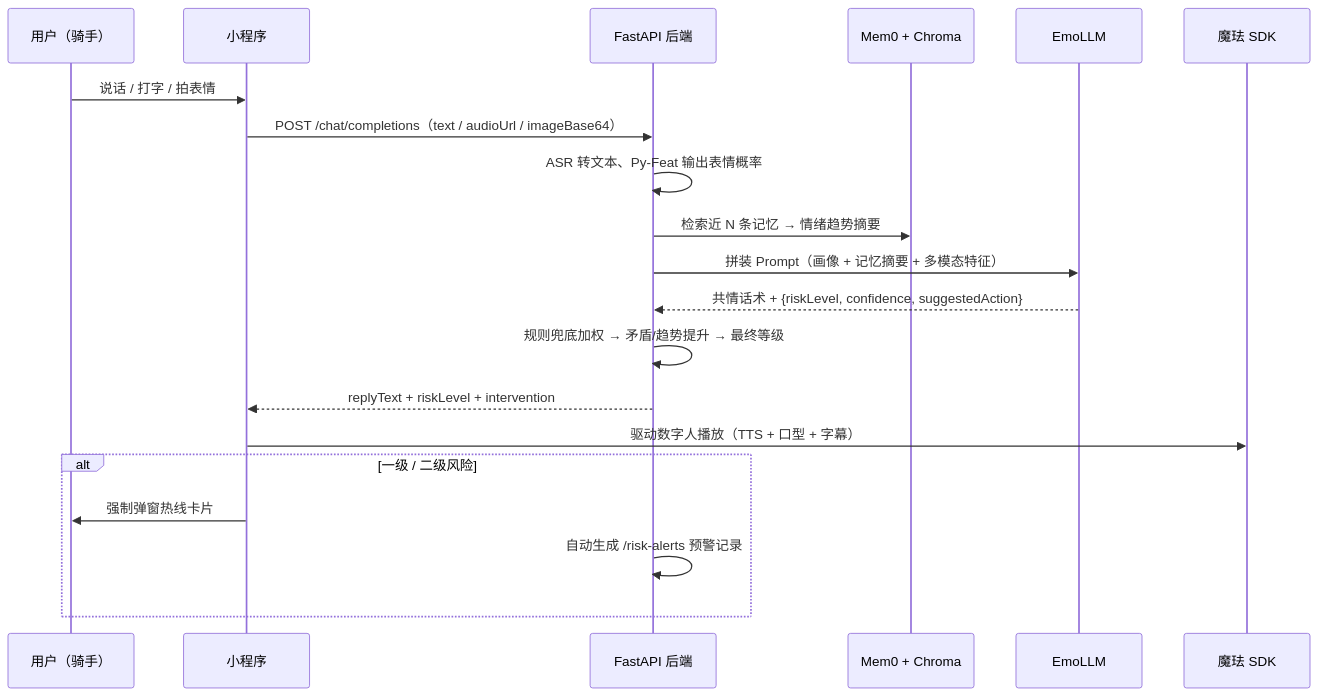
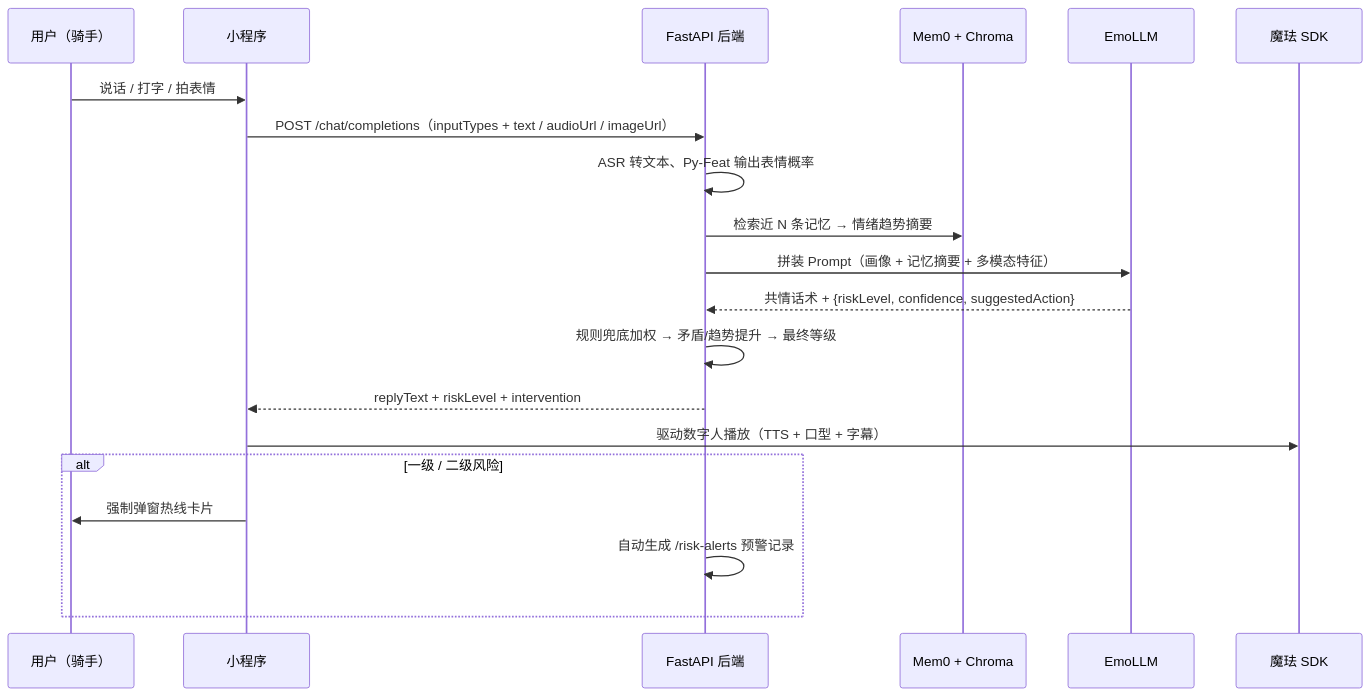
The second of 3 diagrams in DEVELOPMENT_PLAN.md (huyongbao/MoodHarbor), drawn with Mermaid before and after one commit. The commit also changed other lines of this file and 1 other file, not shown here.

````diff
--- a/DEVELOPMENT_PLAN.md
+++ b/DEVELOPMENT_PLAN.md
@@ -169,23 +170,23 @@
 ```mermaid
 sequenceDiagram
     participant U as 用户（骑手）
     participant MP as 小程序
     participant BE as FastAPI 后端
     participant MEM as Mem0 + Chroma
     participant AI as EmoLLM
     participant DH as 魔珐 SDK
 
     U->>MP: 说话 / 打字 / 拍表情
-    MP->>BE: POST /chat/completions（text / audioUrl / imageBase64）
+    MP->>BE: POST /chat/completions（inputTypes + text / audioUrl / imageUrl）
     BE->>BE: ASR 转文本、Py-Feat 输出表情概率
     BE->>MEM: 检索近 N 条记忆 → 情绪趋势摘要
     BE->>AI: 拼装 Prompt（画像 + 记忆摘要 + 多模态特征）
     AI-->>BE: 共情话术 + {riskLevel, confidence, suggestedAction}
     BE->>BE: 规则兜底加权 → 矛盾/趋势提升 → 最终等级
     BE-->>MP: replyText + riskLevel + intervention
     MP->>DH: 驱动数字人播放（TTS + 口型 + 字幕）
     alt 一级 / 二级风险
         MP->>U: 强制弹窗热线卡片
         BE->>BE: 自动生成 /risk-alerts 预警记录
     end
 ```
````
